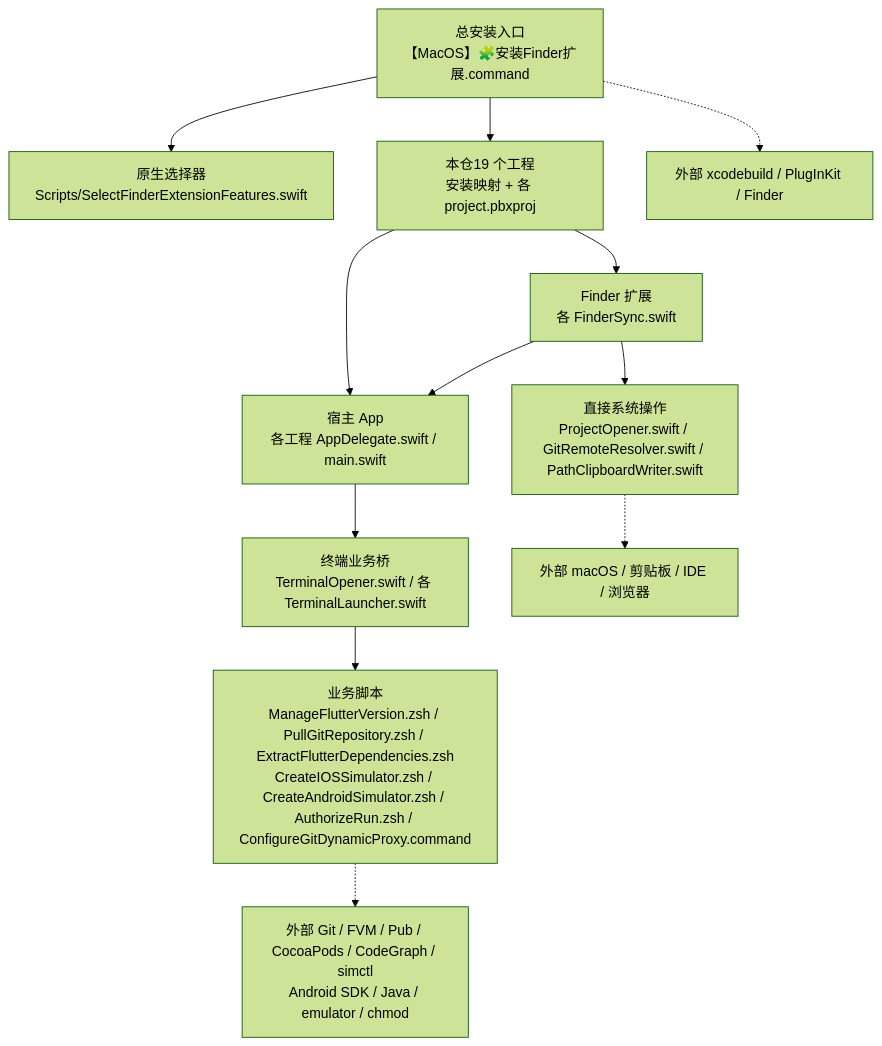
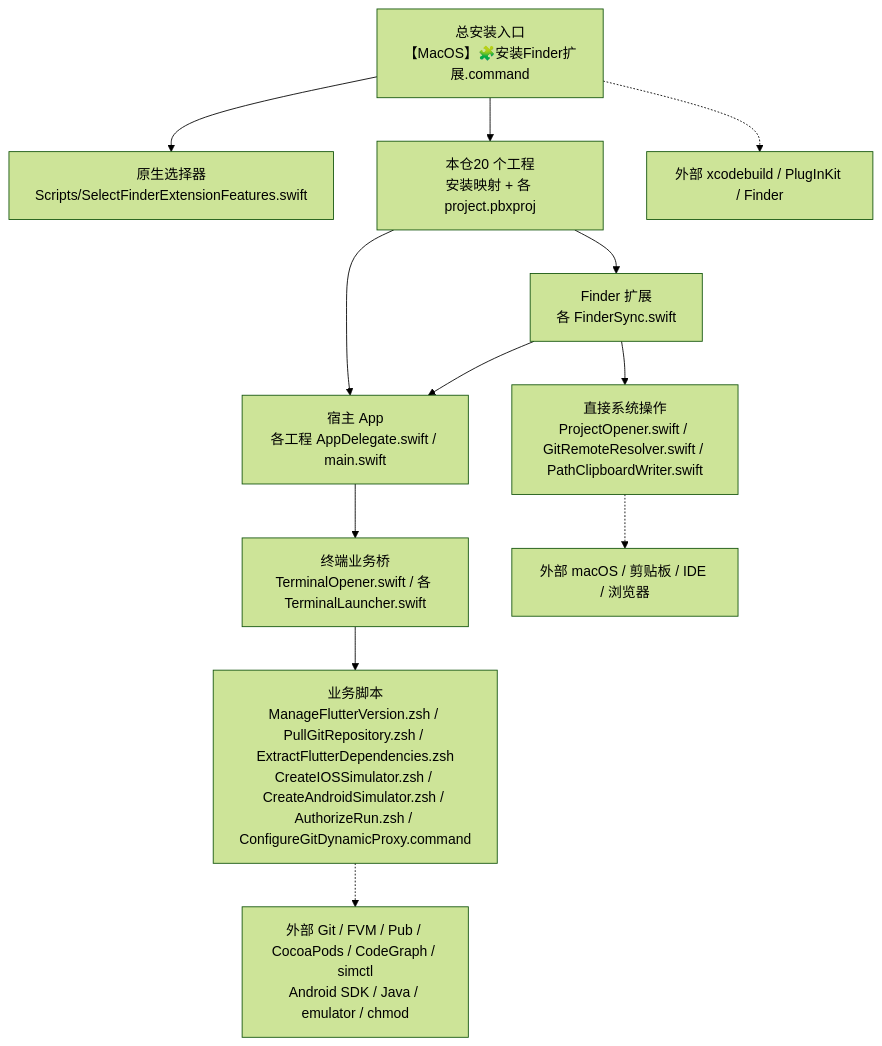
The first of 4 diagrams in README.md (JobsKits/MacOS_Extension), drawn with Mermaid (forest theme) before and after one commit. The commit also changed other lines of this file and 36 other files, not shown here.

````diff
--- a/README.md
+++ b/README.md
@@ -376,14 +382,14 @@
 ```mermaid
 flowchart TD
     A["总安装入口<br/>【MacOS】🧩安装Finder扩展.command"] --> B["原生选择器<br/>Scripts/SelectFinderExtensionFeatures.swift"]
-    A --> C["本仓19 个工程<br/>安装映射 + 各 project.pbxproj"]
+    A --> C["本仓20 个工程<br/>安装映射 + 各 project.pbxproj"]
     C --> D["宿主 App<br/>各工程 AppDelegate.swift / main.swift"]
     C --> E["Finder 扩展<br/>各 FinderSync.swift"]
     E --> F["直接系统操作<br/>ProjectOpener.swift / GitRemoteResolver.swift / PathClipboardWriter.swift"]
     E --> D
     D --> G["终端业务桥<br/>TerminalOpener.swift / 各 TerminalLauncher.swift"]
     G --> H["业务脚本<br/>ManageFlutterVersion.zsh / PullGitRepository.zsh / ExtractFlutterDependencies.zsh<br/>CreateIOSSimulator.zsh / CreateAndroidSimulator.zsh / AuthorizeRun.zsh / ConfigureGitDynamicProxy.command"]
     F -.-> I["外部 macOS / 剪贴板 / IDE / 浏览器"]
     H -.-> J["外部 Git / FVM / Pub / CocoaPods / CodeGraph / simctl<br/>Android SDK / Java / emulator / chmod"]
     A -.-> K["外部 xcodebuild / PlugInKit / Finder"]
 ```
````
